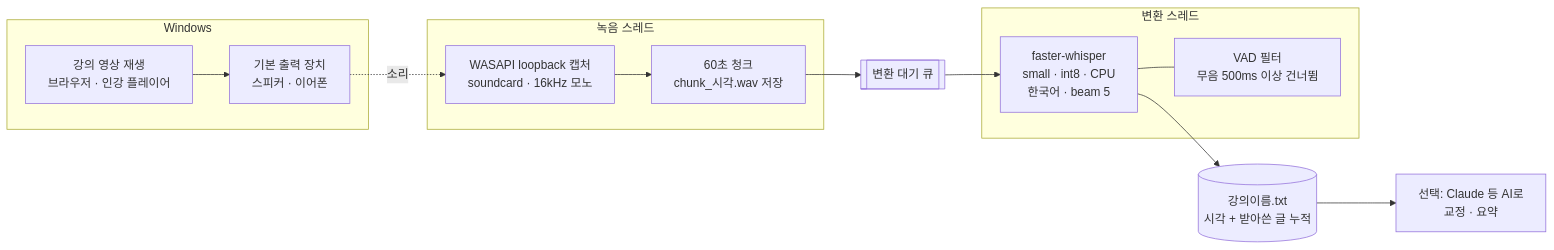
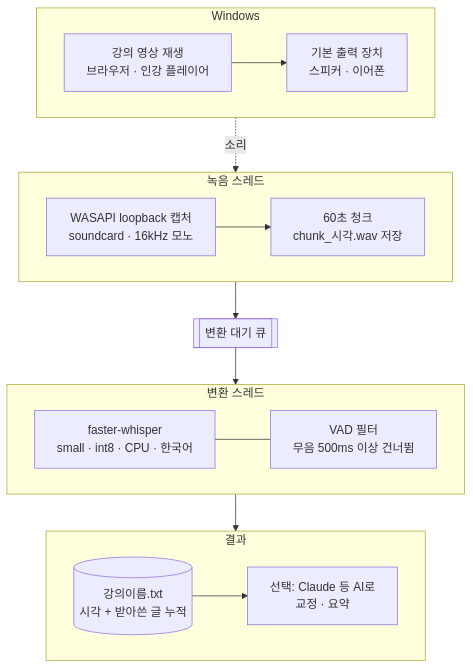
Before and after one commit to maverick6666/wspr: the diagram in README.md, drawn with Mermaid.

Commit message:
README: lay out the pipeline diagram top-to-bottom so labels stay readable

````diff
--- a/README.md
+++ b/README.md
@@ -70,29 +70,27 @@
 ```mermaid
-flowchart LR
+flowchart TB
     subgraph PC["Windows"]
-        V["강의 영상 재생<br/>브라우저 · 인강 플레이어"]
-        SPK["기본 출력 장치<br/>스피커 · 이어폰"]
-        V --> SPK
+        direction LR
+        V["강의 영상 재생<br/>브라우저 · 인강 플레이어"] --> SPK["기본 출력 장치<br/>스피커 · 이어폰"]
     end
 
     subgraph REC["녹음 스레드"]
-        LB["WASAPI loopback 캡처<br/>soundcard · 16kHz 모노"]
-        CH["60초 청크<br/>chunk_시각.wav 저장"]
-        LB --> CH
+        direction LR
+        LB["WASAPI loopback 캡처<br/>soundcard · 16kHz 모노"] --> CH["60초 청크<br/>chunk_시각.wav 저장"]
     end
 
     Q[["변환 대기 큐"]]
 
     subgraph STT["변환 스레드"]
-        W["faster-whisper<br/>small · int8 · CPU<br/>한국어 · beam 5"]
-        VAD["VAD 필터<br/>무음 500ms 이상 건너뜀"]
-        W --- VAD
+        direction LR
+        W["faster-whisper<br/>small · int8 · CPU · 한국어"] --- VAD["VAD 필터<br/>무음 500ms 이상 건너뜀"]
     end
 
-    TXT[("강의이름.txt<br/>시각 + 받아쓴 글 누적")]
-    AI["선택: Claude 등 AI로<br/>교정 · 요약"]
+    subgraph OUT["결과"]
+        direction LR
+        TXT[("강의이름.txt<br/>시각 + 받아쓴 글 누적")] --> AI["선택: Claude 등 AI로<br/>교정 · 요약"]
+    end
 
-    SPK -. 소리 .-> LB
-    CH --> Q --> W
-    W --> TXT --> AI
+    PC -. 소리 .-> REC
+    REC --> Q --> STT --> OUT
 ```
````
